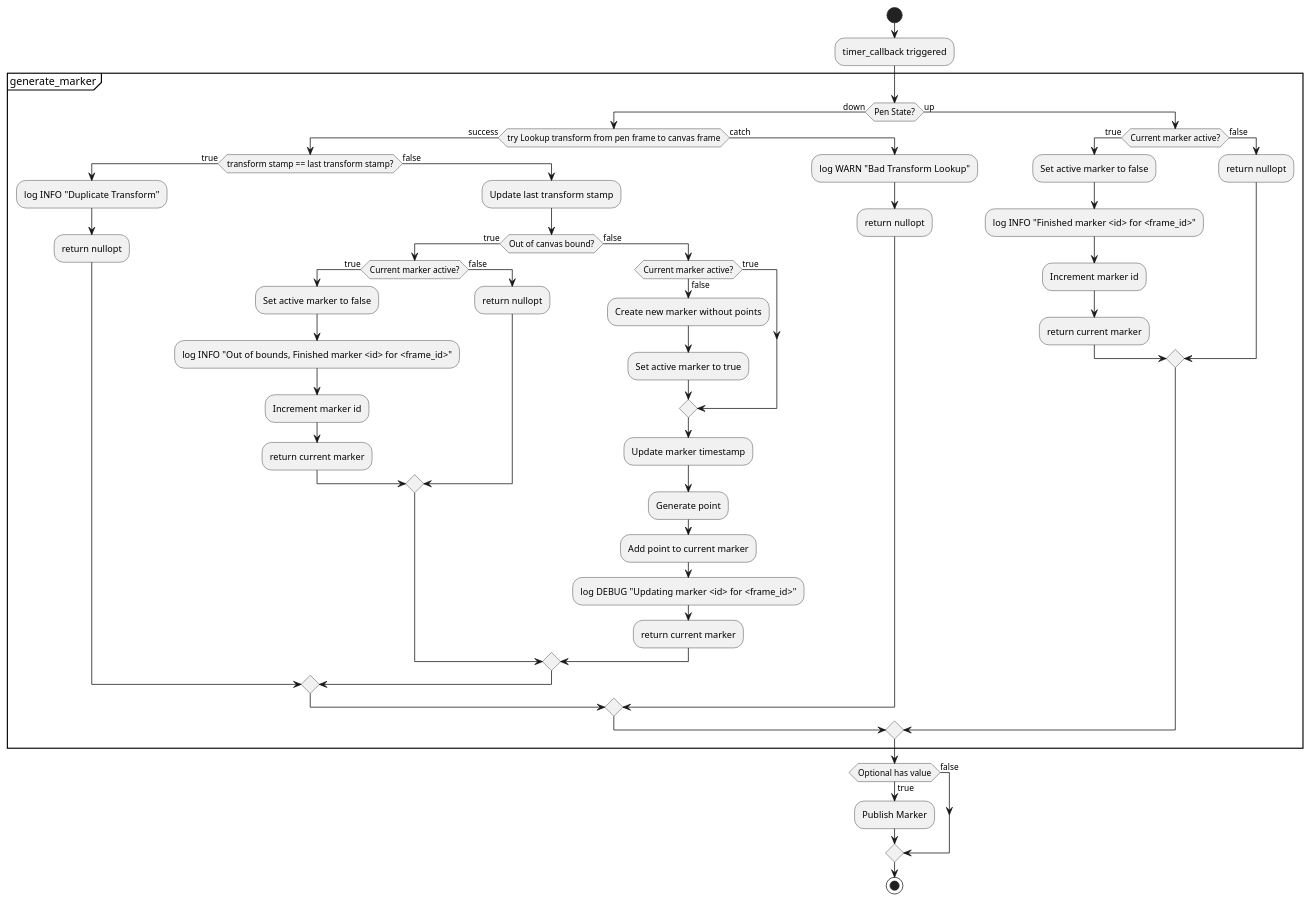
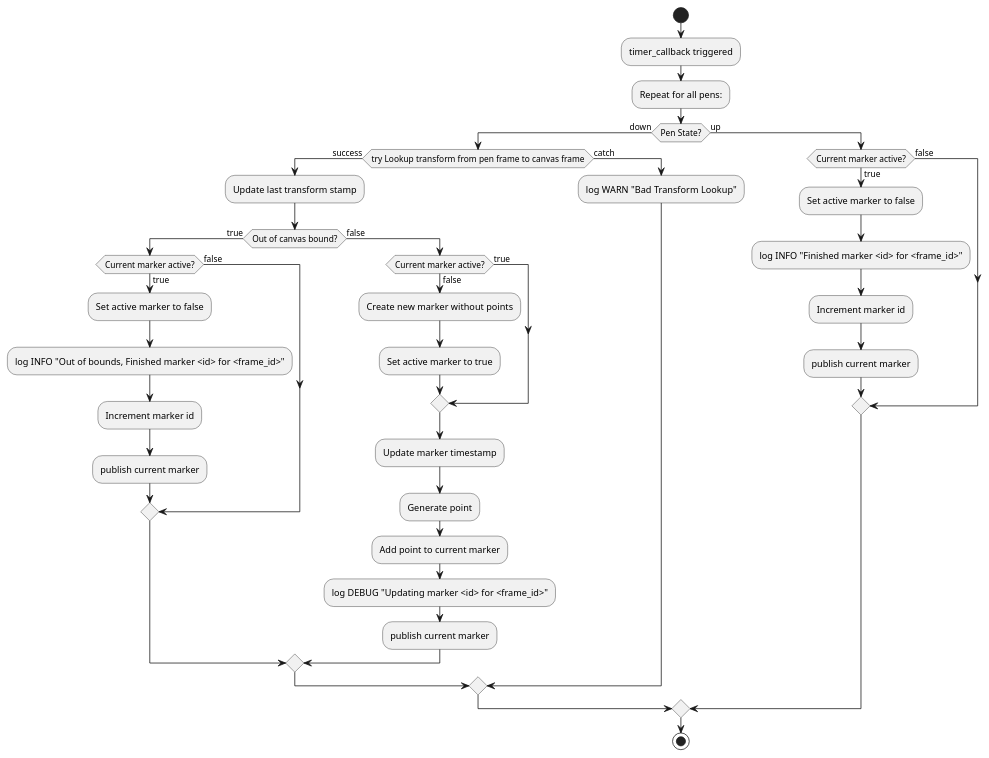
One commit to zbrotherton/RRC-RAI-ROS2 changed the second of 2 diagrams in docs/puml/pen_visualizer.puml. Above: the diagram before and after it, drawn with PlantUML.

Commit message:
Update activity diagram

```diff
--- a/docs/puml/pen_visualizer.puml
+++ b/docs/puml/pen_visualizer.puml
@@ -47,54 +47,41 @@
 @startuml PenVisualizerActivity
 start
 :timer_callback triggered;
-partition "generate_marker" {
-    if (Pen State?) then (down)
-        if (try Lookup transform from pen frame to canvas frame) then (success)
-            if (transform stamp == last transform stamp?) then (true)
-                :log INFO "Duplicate Transform";
-                :return nullopt;
-            else(false)
-                :Update last transform stamp;
-                if(Out of canvas bound?) then (true)
-                    if(Current marker active?) then (true)
-                        :Set active marker to false;
-                        :log INFO "Out of bounds, Finished marker <id> for <frame_id>";
-                        :Increment marker id;
-                        :return current marker;
-                    else (false)
-                        :return nullopt;
-                    endif
-                else (false)
-                    if(Current marker active?) then (true)
-                    else (false)
-                        :Create new marker without points;
-                        :Set active marker to true;
-                    endif
-                    :Update marker timestamp;
-                    :Generate point;
-                    :Add point to current marker;
-                    :log DEBUG "Updating marker <id> for <frame_id>";
-                    :return current marker;
-                endif
-            endif
-        else (catch)
-            :log WARN "Bad Transform Lookup";
-            :return nullopt;
-        endif
-        else (up)
+:Repeat for all pens:;
+if (Pen State?) then (down)
+    if (try Lookup transform from pen frame to canvas frame) then (success)
+        :Update last transform stamp;
+        if(Out of canvas bound?) then (true)
             if(Current marker active?) then (true)
                 :Set active marker to false;
-                :log INFO "Finished marker <id> for <frame_id>";
+                :log INFO "Out of bounds, Finished marker <id> for <frame_id>";
                 :Increment marker id;
-                :return current marker;
+                :publish current marker;
             else (false)
-                :return nullopt;
             endif
+        else (false)
+            if(Current marker active?) then (true)
+            else (false)
+                :Create new marker without points;
+                :Set active marker to true;
+            endif
+            :Update marker timestamp;
+            :Generate point;
+            :Add point to current marker;
+            :log DEBUG "Updating marker <id> for <frame_id>";
+            :publish current marker;
         endif
-    }
-    if (Optional has value) then (true)
-        :Publish Marker;
+    else (catch)
+        :log WARN "Bad Transform Lookup";
+    endif
+else (up)
+    if(Current marker active?) then (true)
+        :Set active marker to false;
+        :log INFO "Finished marker <id> for <frame_id>";
+        :Increment marker id;
+        :publish current marker;
     else (false)
     endif
+endif
 stop
 @enduml
```
